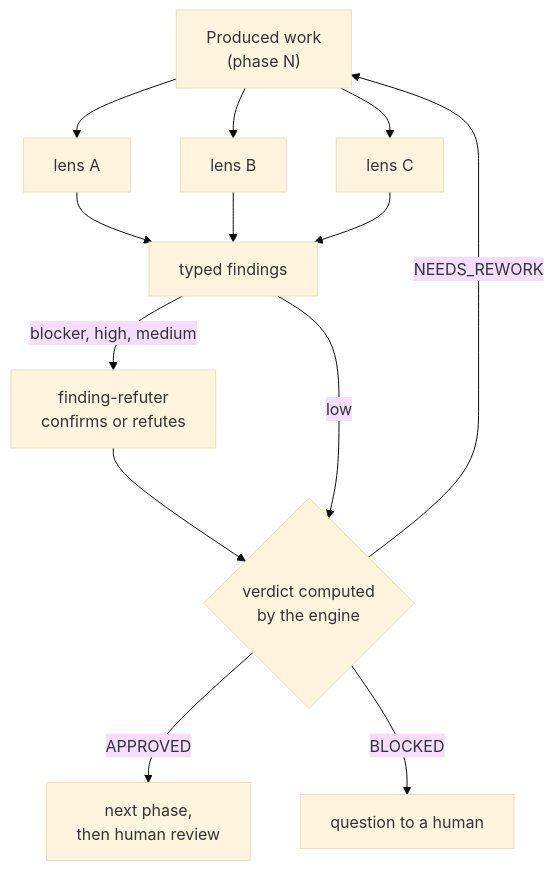
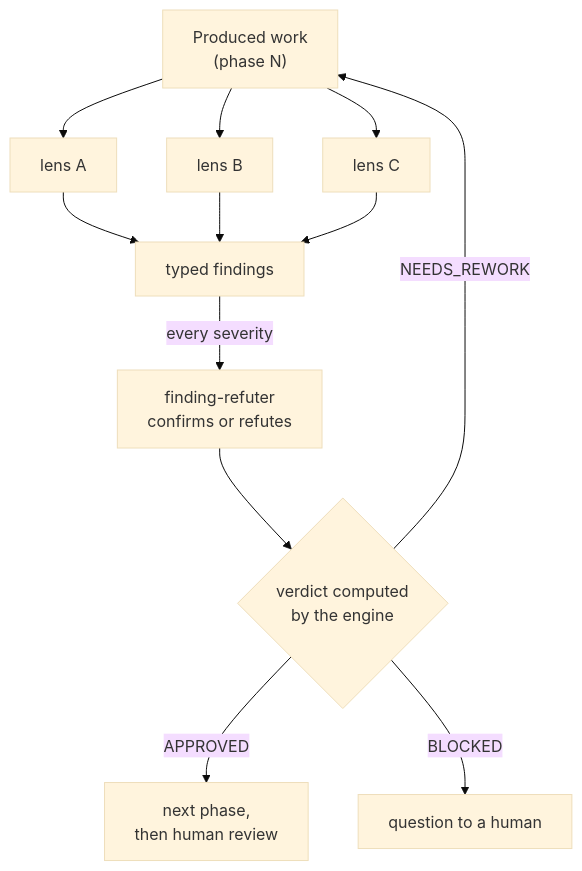
The diagram in docs/website/docs/explanation/deep-dive/review-before-review.md (SebastienDegodez/skraft-plugin), drawn with Mermaid (base theme) before and after one commit. The commit also changed other lines of this file and 28 other files, not shown here.

First line of the commit message:
feat(engine): every finding goes to the refuter and counts unless refuted, a low one too (#499)

````diff
--- a/docs/website/docs/explanation/deep-dive/review-before-review.md
+++ b/docs/website/docs/explanation/deep-dive/review-before-review.md
@@ -44,11 +44,10 @@
 ```mermaid
 flowchart TB
     W["Produced work<br/>(phase N)"] --> L1["lens A"] & L2["lens B"] & L3["lens C"]
     L1 & L2 & L3 --> F["typed findings"]
-    F -->|blocker, high, medium| R["finding-refuter<br/>confirms or refutes"]
+    F -->|every severity| R["finding-refuter<br/>confirms or refutes"]
     R --> V{"verdict computed<br/>by the engine"}
-    F -->|low| V
     V -->|APPROVED| N["next phase,<br/>then human review"]
     V -->|NEEDS_REWORK| W
     V -->|BLOCKED| H["question to a human"]
 ```
````
